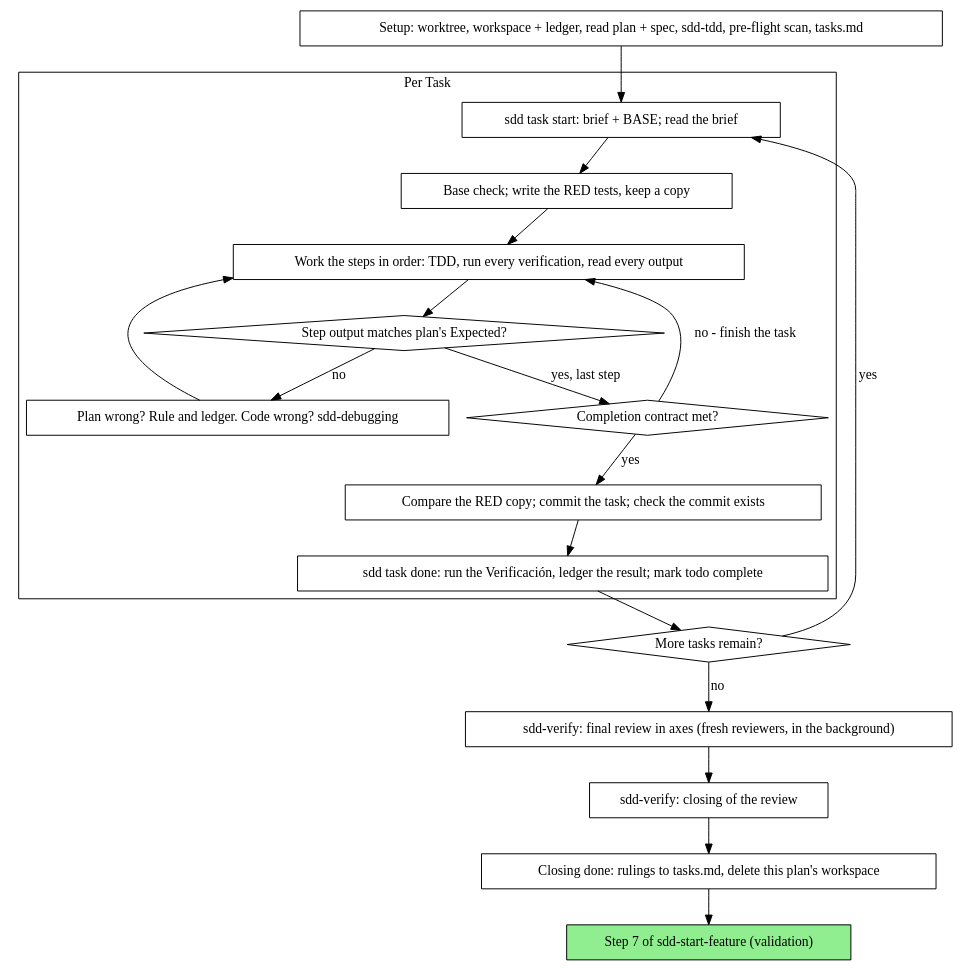
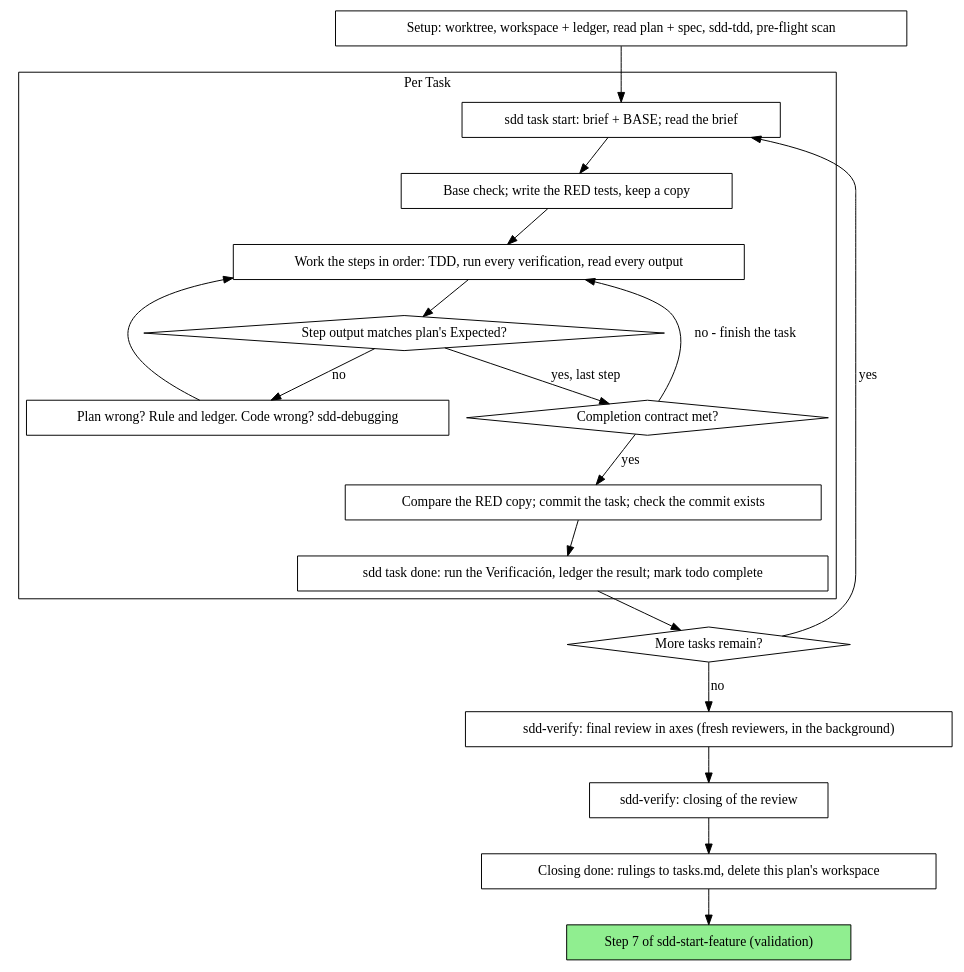
The first of 2 diagrams in skills/sdd-implement/SKILL.md (pikachumetal/sdd-kit), drawn with Graphviz before and after one commit. The commit also changed other lines of this file and 7 other files, not shown here.

First line of the commit message:
feat(cli): task start y task brief exigen tasks.md con más de una task

````diff
--- a/skills/sdd-implement/SKILL.md
+++ b/skills/sdd-implement/SKILL.md
@@ -50,41 +50,41 @@
 ```dot
 digraph native {
     rankdir=TB;
 
     subgraph cluster_per_task {
         label="Per Task";
         "sdd task start: brief + BASE; read the brief" [shape=box];
         "Base check; write the RED tests, keep a copy" [shape=box];
         "Work the steps in order: TDD, run every verification, read every output" [shape=box];
         "Step output matches plan's Expected?" [shape=diamond];
         "Plan wrong? Rule and ledger. Code wrong? sdd-debugging" [shape=box];
         "Completion contract met?" [shape=diamond];
         "Compare the RED copy; commit the task; check the commit exists" [shape=box];
         "sdd task done: run the Verificación, ledger the result; mark todo complete" [shape=box];
     }
 
-    "Setup: worktree, workspace + ledger, read plan + spec, sdd-tdd, pre-flight scan, tasks.md" [shape=box];
+    "Setup: worktree, workspace + ledger, read plan + spec, sdd-tdd, pre-flight scan" [shape=box];
     "More tasks remain?" [shape=diamond];
     "sdd-verify: final review in axes (fresh reviewers, in the background)" [shape=box];
     "sdd-verify: closing of the review" [shape=box];
     "Closing done: rulings to tasks.md, delete this plan's workspace" [shape=box];
     "Step 7 of sdd-start-feature (validation)" [shape=box style=filled fillcolor=lightgreen];
 
-    "Setup: worktree, workspace + ledger, read plan + spec, sdd-tdd, pre-flight scan, tasks.md" -> "sdd task start: brief + BASE; read the brief";
+    "Setup: worktree, workspace + ledger, read plan + spec, sdd-tdd, pre-flight scan" -> "sdd task start: brief + BASE; read the brief";
     "sdd task start: brief + BASE; read the brief" -> "Base check; write the RED tests, keep a copy";
     "Base check; write the RED tests, keep a copy" -> "Work the steps in order: TDD, run every verification, read every output";
     "Work the steps in order: TDD, run every verification, read every output" -> "Step output matches plan's Expected?";
     "Step output matches plan's Expected?" -> "Plan wrong? Rule and ledger. Code wrong? sdd-debugging" [label="no"];
     "Plan wrong? Rule and ledger. Code wrong? sdd-debugging" -> "Work the steps in order: TDD, run every verification, read every output";
     "Step output matches plan's Expected?" -> "Completion contract met?" [label="yes, last step"];
     "Completion contract met?" -> "Work the steps in order: TDD, run every verification, read every output" [label="no - finish the task"];
     "Completion contract met?" -> "Compare the RED copy; commit the task; check the commit exists" [label="yes"];
     "Compare the RED copy; commit the task; check the commit exists" -> "sdd task done: run the Verificación, ledger the result; mark todo complete";
     "sdd task done: run the Verificación, ledger the result; mark todo complete" -> "More tasks remain?";
     "More tasks remain?" -> "sdd task start: brief + BASE; read the brief" [label="yes"];
     "More tasks remain?" -> "sdd-verify: final review in axes (fresh reviewers, in the background)" [label="no"];
     "sdd-verify: final review in axes (fresh reviewers, in the background)" -> "sdd-verify: closing of the review";
     "sdd-verify: closing of the review" -> "Closing done: rulings to tasks.md, delete this plan's workspace";
     "Closing done: rulings to tasks.md, delete this plan's workspace" -> "Step 7 of sdd-start-feature (validation)";
 }
 ```
````
